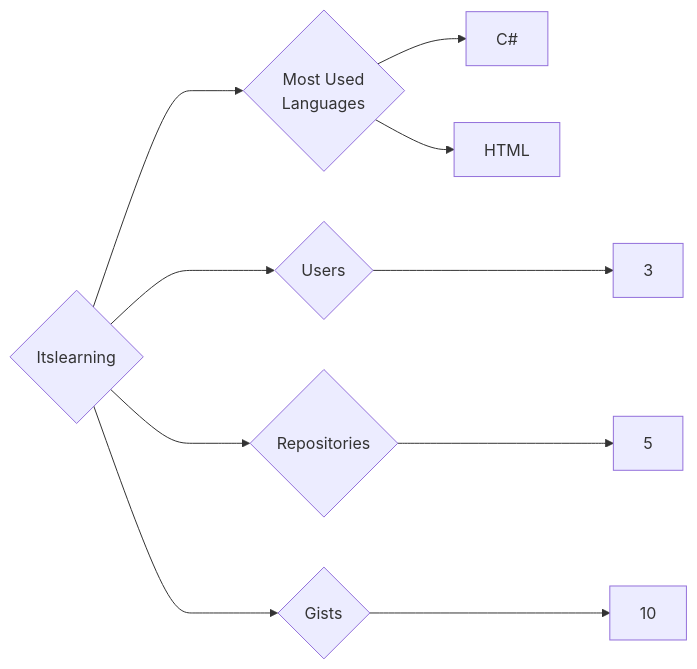
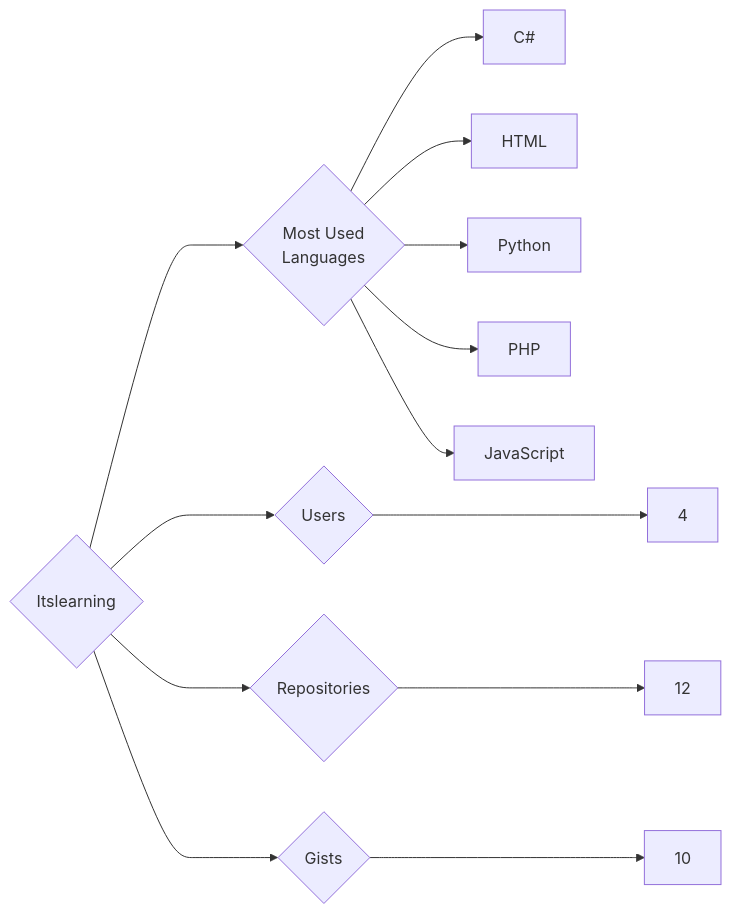
The diagram in targets/Itslearning/README.md (trickest/insiders), drawn with Mermaid before and after one commit. The commit also changed 900 other files, not shown here.

````diff
--- a/targets/Itslearning/README.md
+++ b/targets/Itslearning/README.md
@@ -3,10 +3,13 @@
 ```mermaid
 graph LR
 COMPANY_NAME{Itslearning}
-COMPANY_NAME ---> U{Users} ---> UN[3]
-COMPANY_NAME ---> R{Repositories} ---> RN[5]
+COMPANY_NAME ---> U{Users} ---> UN[4]
+COMPANY_NAME ---> R{Repositories} ---> RN[12]
 COMPANY_NAME ---> G{Gists} ---> GN[10]
 COMPANY_NAME ---> ML{Most Used<br>Languages}
 ML --> C#[C#]
 ML --> HTML[HTML]
+ML --> Python[Python]
+ML --> PHP[PHP]
+ML --> JavaScript[JavaScript]
 ```
````
